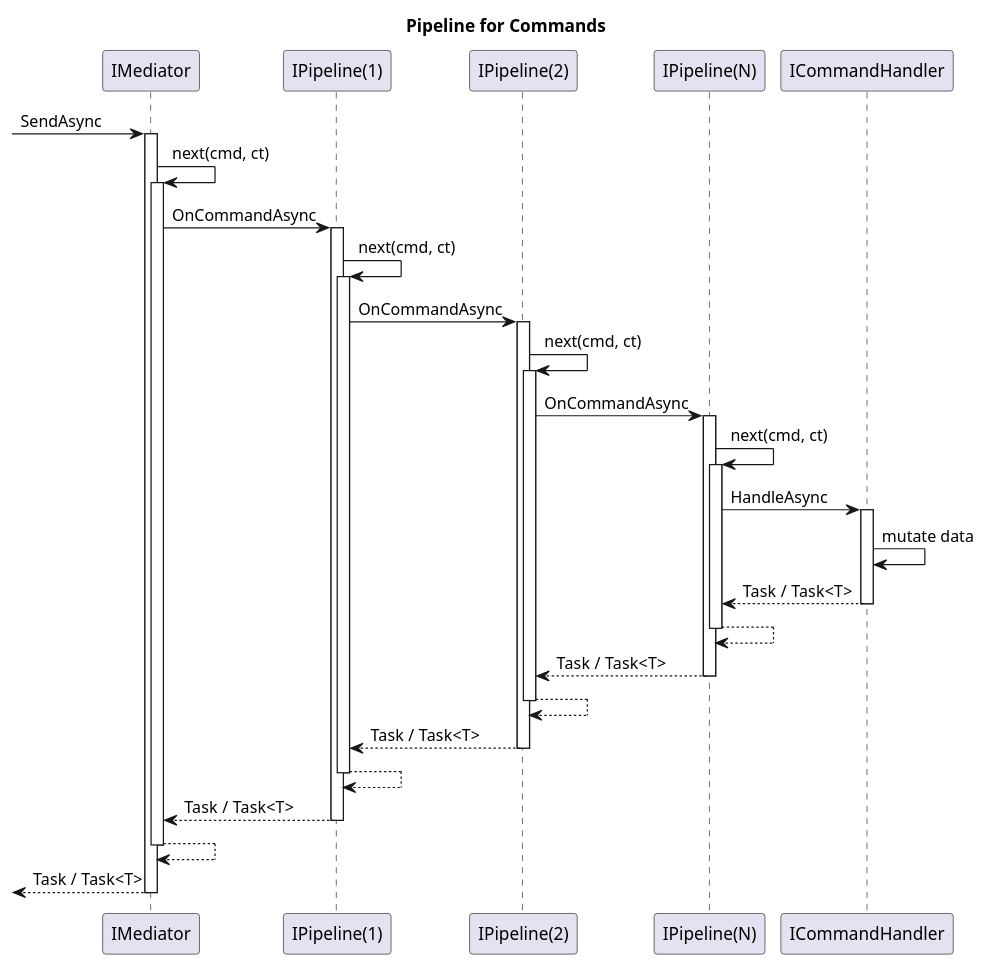
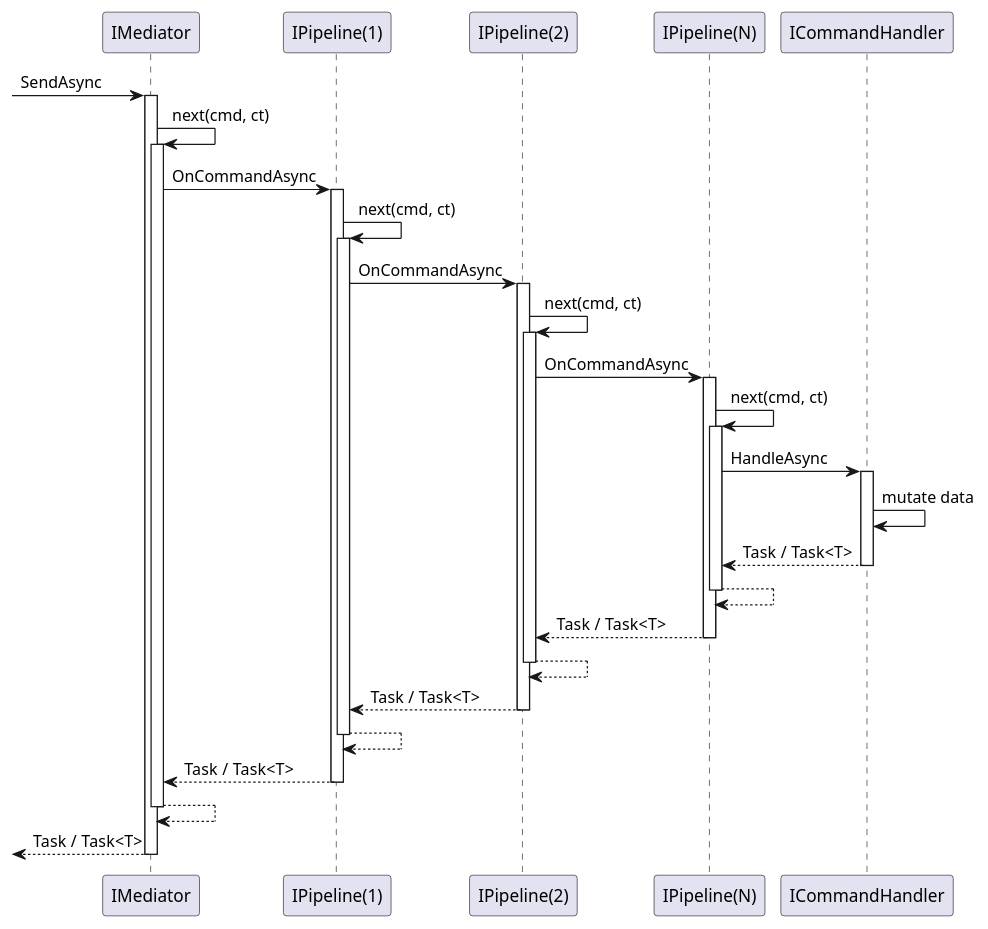
The diagram in resources/pipeline-commands.puml (simplesoft-pt/Mediator), drawn with PlantUML before and after one commit. The commit also changed 5 other files, not shown here.

Commit message:
removed title from diagrams

```diff
--- a/resources/pipeline-commands.puml
+++ b/resources/pipeline-commands.puml
@@ -1,24 +1,24 @@
 @startuml pipeline-commands
-title Pipeline for Commands 
+'title Pipeline for Commands 
 
 [-> IMediator ++: SendAsync
 IMediator -> IMediator ++: next(cmd, ct)
 IMediator -> "IPipeline(1)" ++: OnCommandAsync
 "IPipeline(1)" -> "IPipeline(1)" ++: next(cmd, ct)
 "IPipeline(1)" -> "IPipeline(2)" ++: OnCommandAsync
 "IPipeline(2)" -> "IPipeline(2)" ++: next(cmd, ct)
 "IPipeline(2)" -> "IPipeline(N)" ++: OnCommandAsync
 "IPipeline(N)" -> "IPipeline(N)" ++: next(cmd, ct)
 "IPipeline(N)" -> ICommandHandler ++: HandleAsync
 ICommandHandler -> ICommandHandler : mutate data
 return Task / Task<T>
 return
 return Task / Task<T>
 return
 return Task / Task<T>
 return
 return Task / Task<T>
 return
 return Task / Task<T>
 
 @enduml
```
